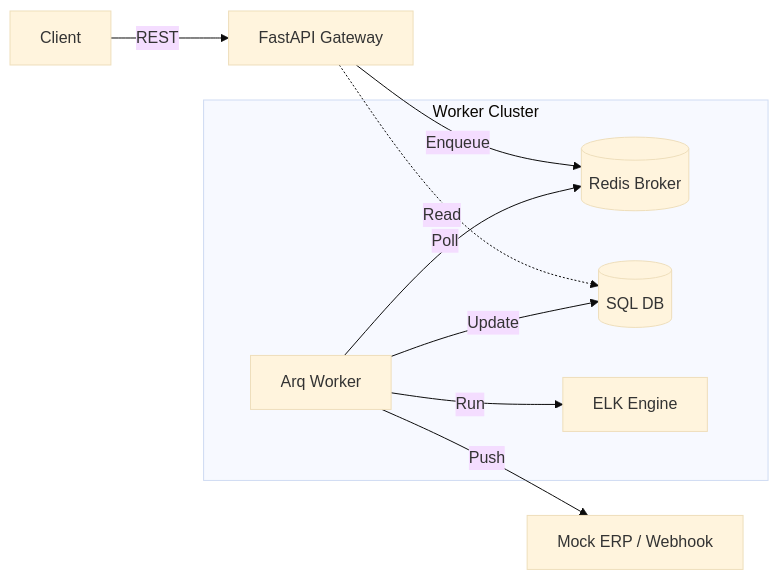
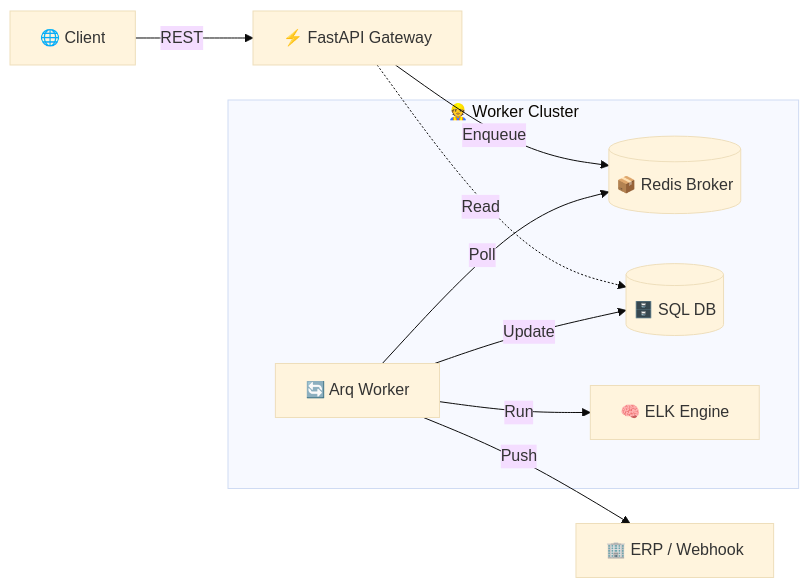
One commit to rayantr06/emergency-lang-kit changed the first of 3 diagrams in README.md. Above: the diagram before and after it, drawn with Mermaid (base theme). The commit also changed other lines of this file, not shown here.

Commit message:
style(docs): add descriptive emojis to Mermaid diagrams for better clarity

````diff
--- a/README.md
+++ b/README.md
@@ -45,14 +45,14 @@
 ```mermaid
 graph LR
-    Client -->|REST| API[FastAPI Gateway]
-    API -->|Enqueue| Redis[(Redis Broker)]
-    API -.->|Read| DB[(SQL DB)]
+    Client["🌐 Client"] -->|REST| API["⚡ FastAPI Gateway"]
+    API -->|Enqueue| Redis[("📦 Redis Broker")]
+    API -.->|Read| DB[("🗄️ SQL DB")]
 
-    subgraph "Worker Cluster"
-        Worker[Arq Worker] -->|Poll| Redis
+    subgraph Workers["👷 Worker Cluster"]
+        Worker["🔄 Arq Worker"] -->|Poll| Redis
         Worker -->|Update| DB
-        Worker -->|Run| Pipeline[ELK Engine]
+        Worker -->|Run| Pipeline["🧠 ELK Engine"]
     end
 
-    Worker -->|Push| ERP[Mock ERP / Webhook]
+    Worker -->|Push| ERP["🏢 ERP / Webhook"]
 ```
````
